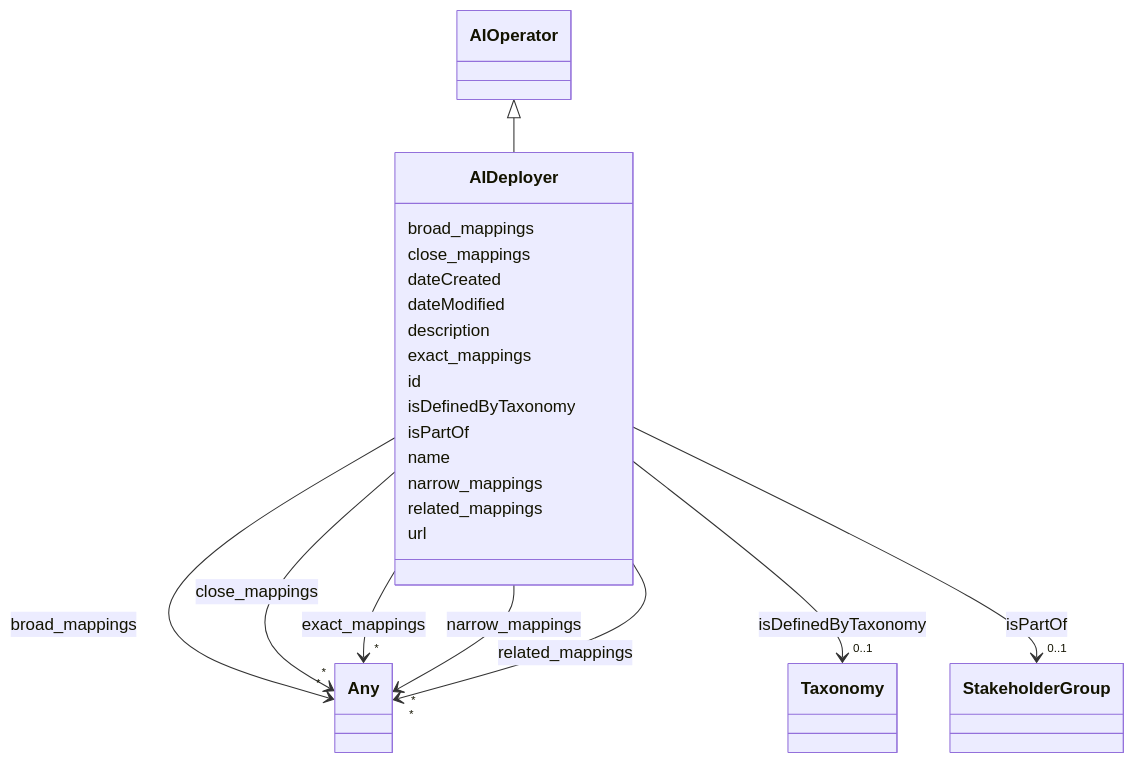
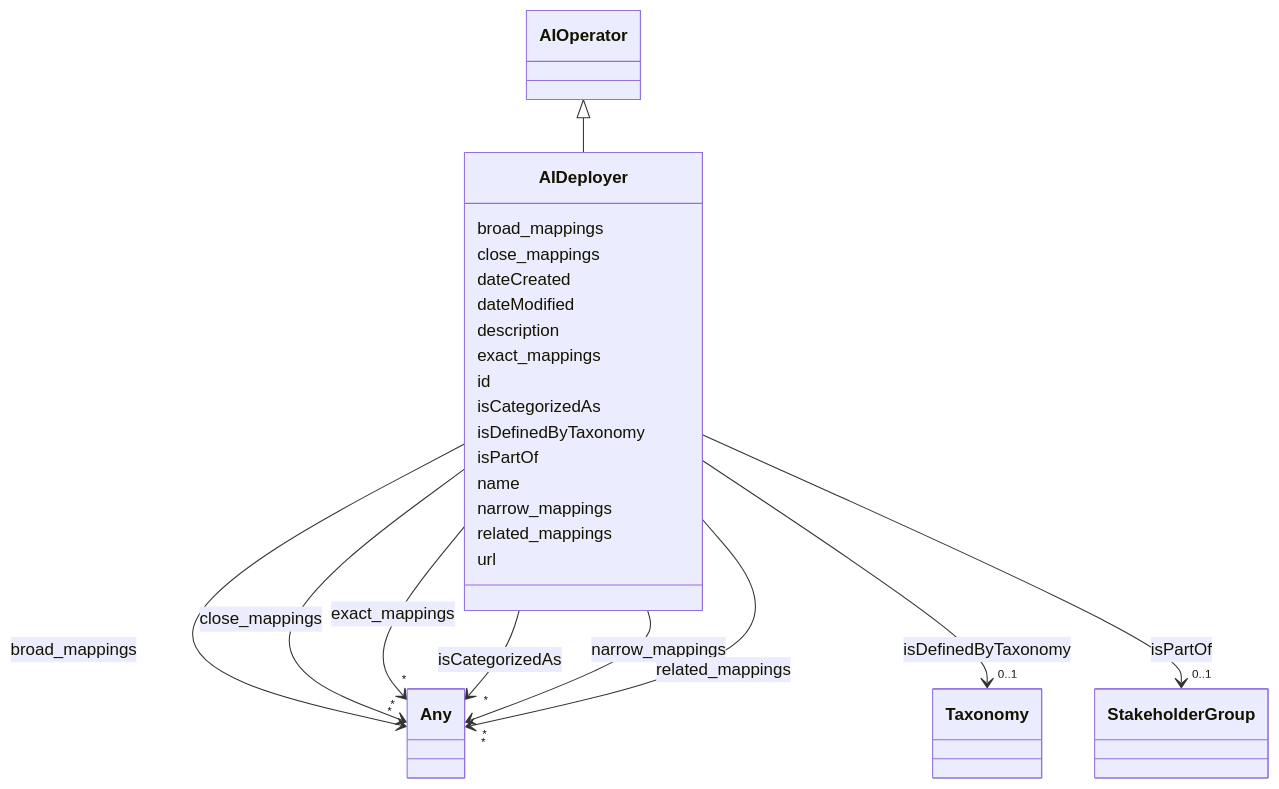
The diagram in docs/ontology/AIDeployer.md (dhavalsalwala/ai-atlas-nexus-fork), drawn with Mermaid before and after one commit. The commit also changed other lines of this file and 130 other files, not shown here.

```diff
--- a/docs/ontology/AIDeployer.md
+++ b/docs/ontology/AIDeployer.md
@@ -51,6 +51,17 @@
 
 
       AIDeployer : id
+
+      AIDeployer : isCategorizedAs
+
+
+
+
+
+        AIDeployer --> "*" Any : isCategorizedAs
+        click Any href "../Any/"
+
+
 
       AIDeployer : isDefinedByTaxonomy
 
```
